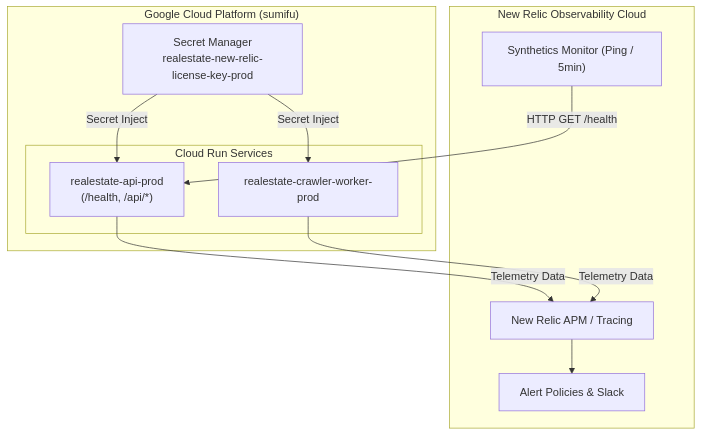
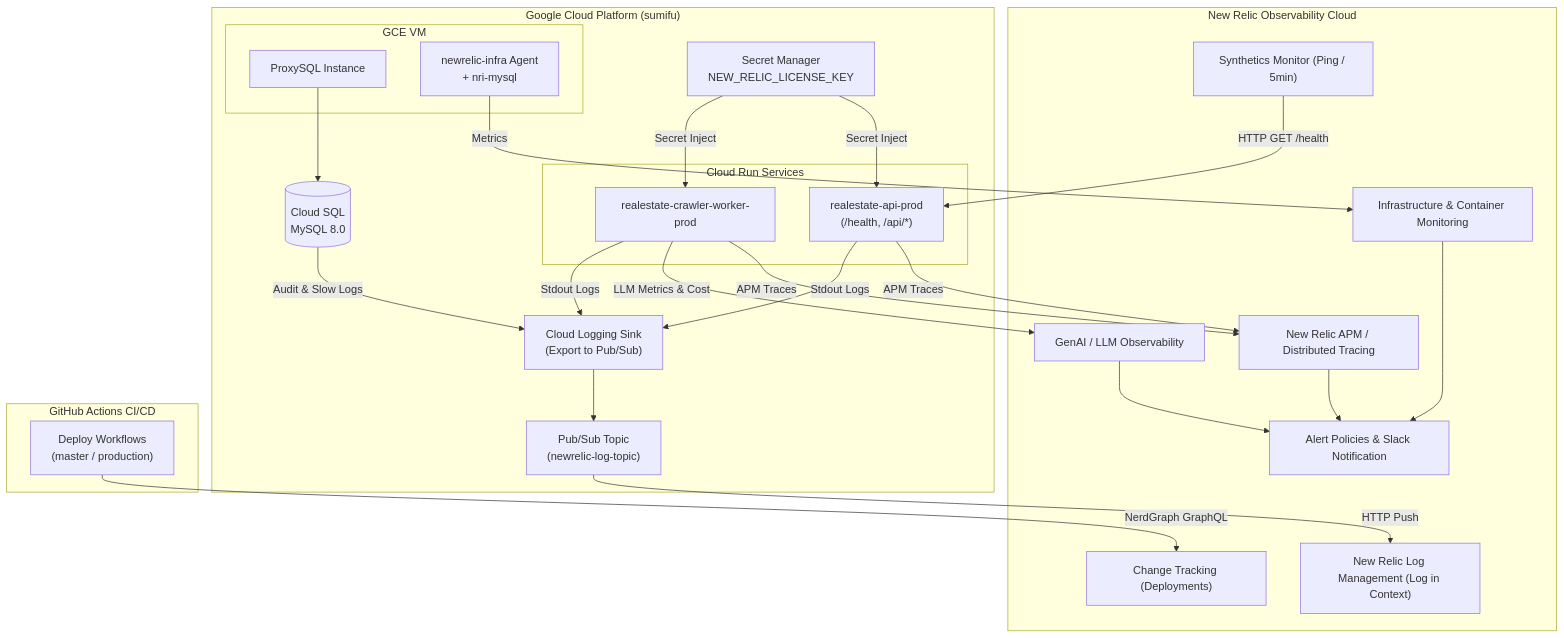
The diagram in docs/basic_design/new_relic_monitoring_design.md (AnaharaYasuo/realestate_crawler), drawn with Mermaid before and after one commit. The commit also changed other lines of this file and 15 other files, not shown here.

First line of the commit message:
[#473] feat(observability): New Relic full-stack observability expansion (#475)

````diff
--- a/docs/basic_design/new_relic_monitoring_design.md
+++ b/docs/basic_design/new_relic_monitoring_design.md
@@ -6,24 +6,55 @@
 ```mermaid
 flowchart TD
     subgraph NewRelic["New Relic Observability Cloud"]
-        NR_APM["New Relic APM / Tracing"]
+        NR_APM["New Relic APM / Distributed Tracing"]
+        NR_INFRA["Infrastructure & Container Monitoring"]
+        NR_LOGS["New Relic Log Management (Log in Context)"]
+        NR_GENAI["GenAI / LLM Observability"]
         NR_SYN["Synthetics Monitor (Ping / 5min)"]
-        NR_ALERT["Alert Policies & Slack"]
+        NR_CHANGE["Change Tracking (Deployments)"]
+        NR_ALERT["Alert Policies & Slack Notification"]
     end
 
     subgraph GCP["Google Cloud Platform (sumifu)"]
-        SM["Secret Manager\nrealestate-new-relic-license-key-prod"]
+        SM["Secret Manager\nNEW_RELIC_LICENSE_KEY"]
         
         subgraph CloudRun["Cloud Run Services"]
             API["realestate-api-prod\n(/health, /api/*)"]
             Worker["realestate-crawler-worker-prod"]
         end
+
+        subgraph GCE_ProxySQL["GCE VM"]
+            ProxySQL["ProxySQL Instance"]
+            HostAgent["newrelic-infra Agent\n+ nri-mysql"]
+        end
+
+        CloudSQL[("Cloud SQL\nMySQL 8.0")]
+        
+        LogSink["Cloud Logging Sink\n(Export to Pub/Sub)"]
+        LogTopic["Pub/Sub Topic\n(newrelic-log-topic)"]
+    end
+
+    subgraph CICD["GitHub Actions CI/CD"]
+        GHA["Deploy Workflows\n(master / production)"]
     end
 
     SM -->|Secret Inject| API
     SM -->|Secret Inject| Worker
-    API -->|Telemetry Data| NR_APM
-    Worker -->|Telemetry Data| NR_APM
+    API -->|APM Traces| NR_APM
+    Worker -->|APM Traces| NR_APM
+    Worker -->|LLM Metrics & Cost| NR_GENAI
+    ProxySQL --> CloudSQL
+    HostAgent -->|Metrics| NR_INFRA
+
+    API -->|Stdout Logs| LogSink
+    Worker -->|Stdout Logs| LogSink
+    CloudSQL -->|Audit & Slow Logs| LogSink
+    LogSink --> LogTopic
+    LogTopic -->|HTTP Push| NR_LOGS
+
     NR_SYN -->|HTTP GET /health| API
+    GHA -->|NerdGraph GraphQL| NR_CHANGE
     NR_APM --> NR_ALERT
+    NR_INFRA --> NR_ALERT
+    NR_GENAI --> NR_ALERT
 ```
````
